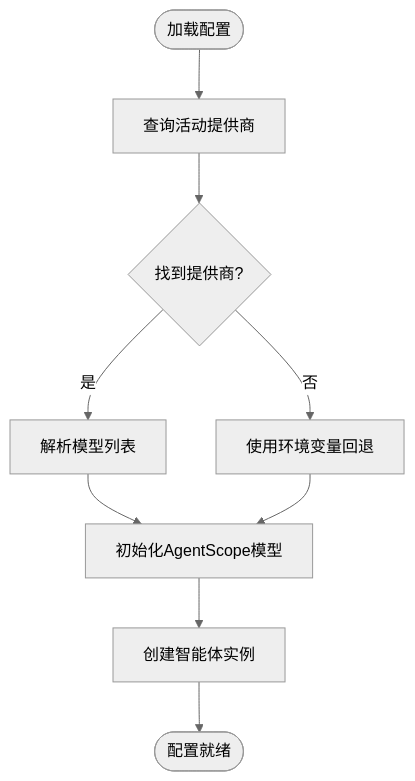
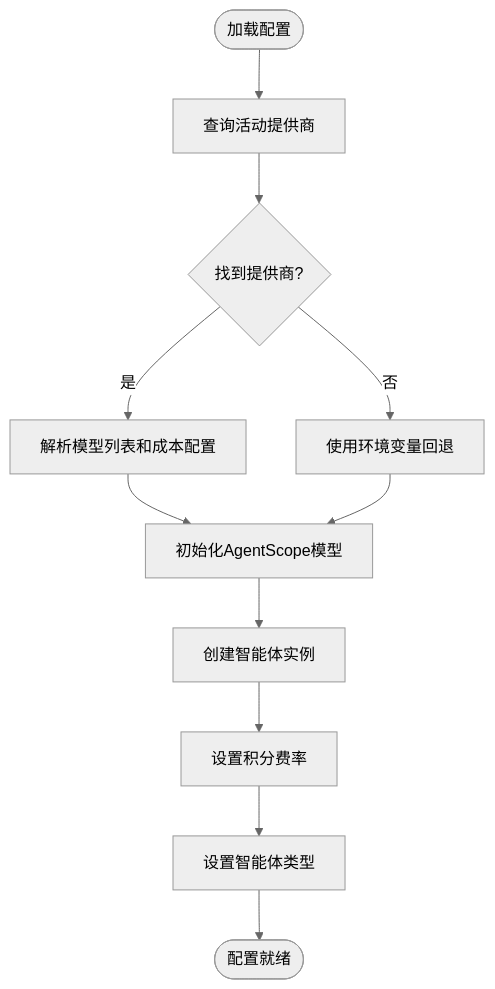
The fifth of 20 diagrams in .qoder/repowiki/zh/content/后端开发指南/API路由系统/智能体管理API.md (KunLabAI/KunFlix), drawn with Mermaid (neutral theme) before and after one commit. The commit also changed other lines of this file and 25 other files, not shown here.

````diff
--- a/.qoder/repowiki/zh/content/后端开发指南/API路由系统/智能体管理API.md
+++ b/.qoder/repowiki/zh/content/后端开发指南/API路由系统/智能体管理API.md
@@ -232,11 +330,13 @@
 ```mermaid
 flowchart TD
 Start(["加载配置"]) --> CheckDB["查询活动提供商"]
 CheckDB --> Found{"找到提供商?"}
-Found --> |是| ParseModels["解析模型列表"]
+Found --> |是| ParseModels["解析模型列表和成本配置"]
 Found --> |否| Fallback["使用环境变量回退"]
 ParseModels --> InitModel["初始化AgentScope模型"]
 Fallback --> InitModel
 InitModel --> CreateAgents["创建智能体实例"]
-CreateAgents --> Ready(["配置就绪"])
+CreateAgents --> SetRates["设置积分费率"]
+SetRates --> SetType["设置智能体类型"]
+SetType --> Ready(["配置就绪"])
 ```
````
